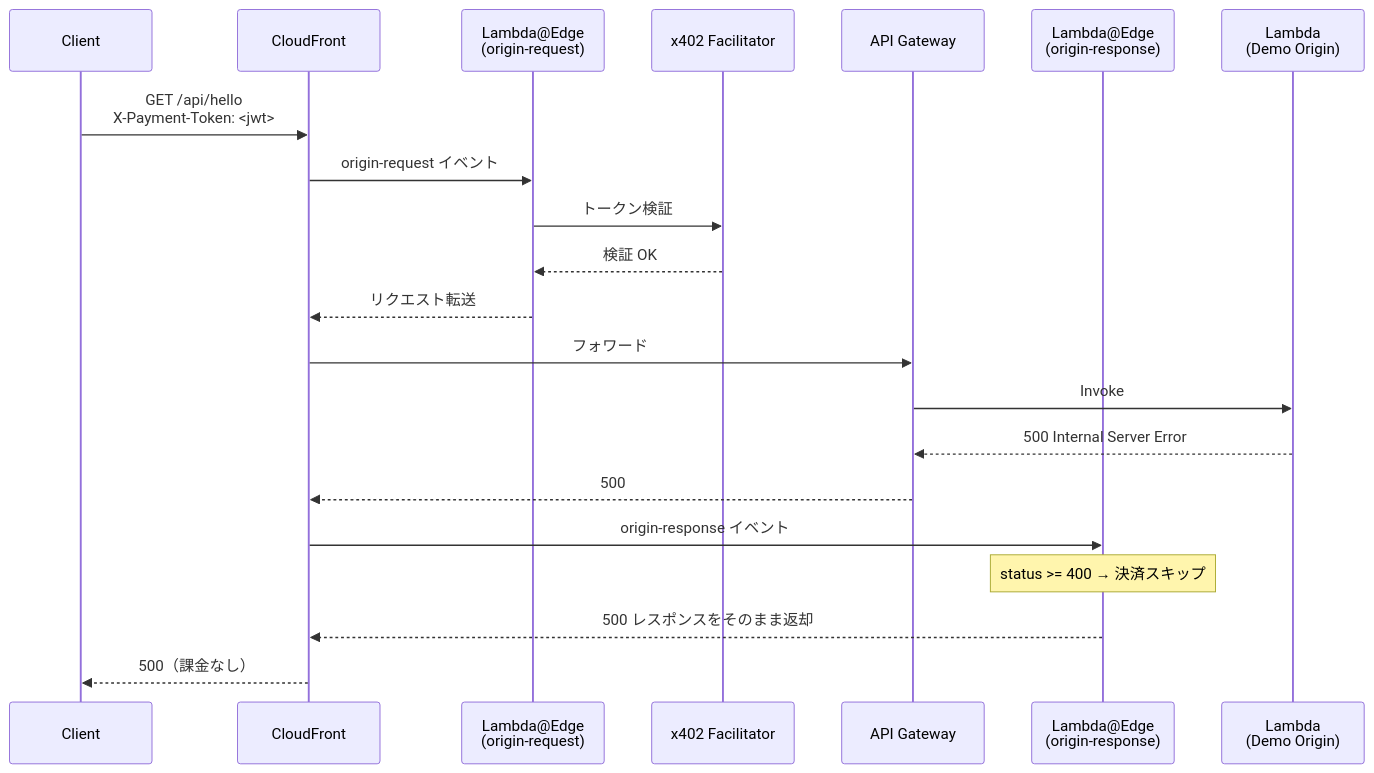
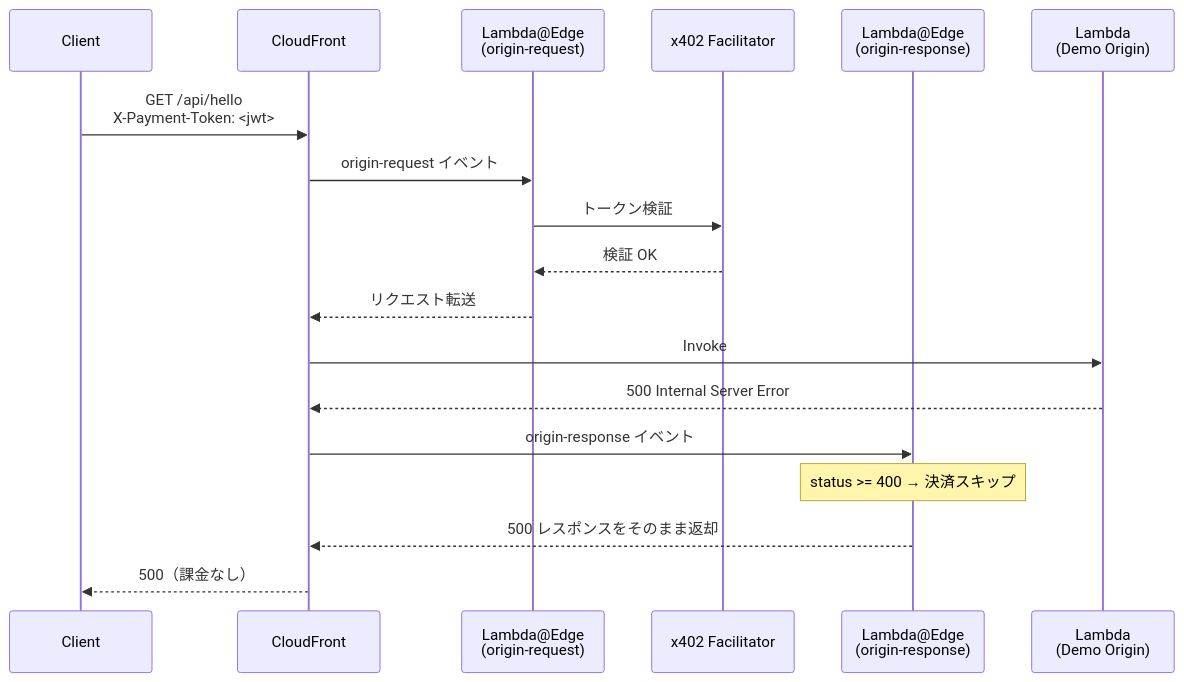
One commit to mashharuki/x402-Cloudfront-LambdaEdge-Sample changed the fourth of 4 diagrams in README.md. Above: the diagram before and after it, drawn with Mermaid. The commit also changed other lines of this file, not shown here.

````diff
--- a/README.md
+++ b/README.md
@@ -146,24 +205,21 @@
 ```mermaid
 sequenceDiagram
     participant C as Client
     participant CF as CloudFront
     participant ORQ as Lambda@Edge<br/>(origin-request)
     participant FAC as x402 Facilitator
-    participant APIGW as API Gateway
     participant ORS as Lambda@Edge<br/>(origin-response)
     participant DEMO as Lambda<br/>(Demo Origin)
 
     C->>CF: GET /api/hello<br/>X-Payment-Token: <jwt>
     CF->>ORQ: origin-request イベント
     ORQ->>FAC: トークン検証
     FAC-->>ORQ: 検証 OK
     ORQ-->>CF: リクエスト転送
-    CF->>APIGW: フォワード
-    APIGW->>DEMO: Invoke
-    DEMO-->>APIGW: 500 Internal Server Error
-    APIGW-->>CF: 500
+    CF->>DEMO: Invoke
+    DEMO-->>CF: 500 Internal Server Error
     CF->>ORS: origin-response イベント
     Note over ORS: status >= 400 → 決済スキップ
     ORS-->>CF: 500 レスポンスをそのまま返却
     CF-->>C: 500（課金なし）
 ```
````
